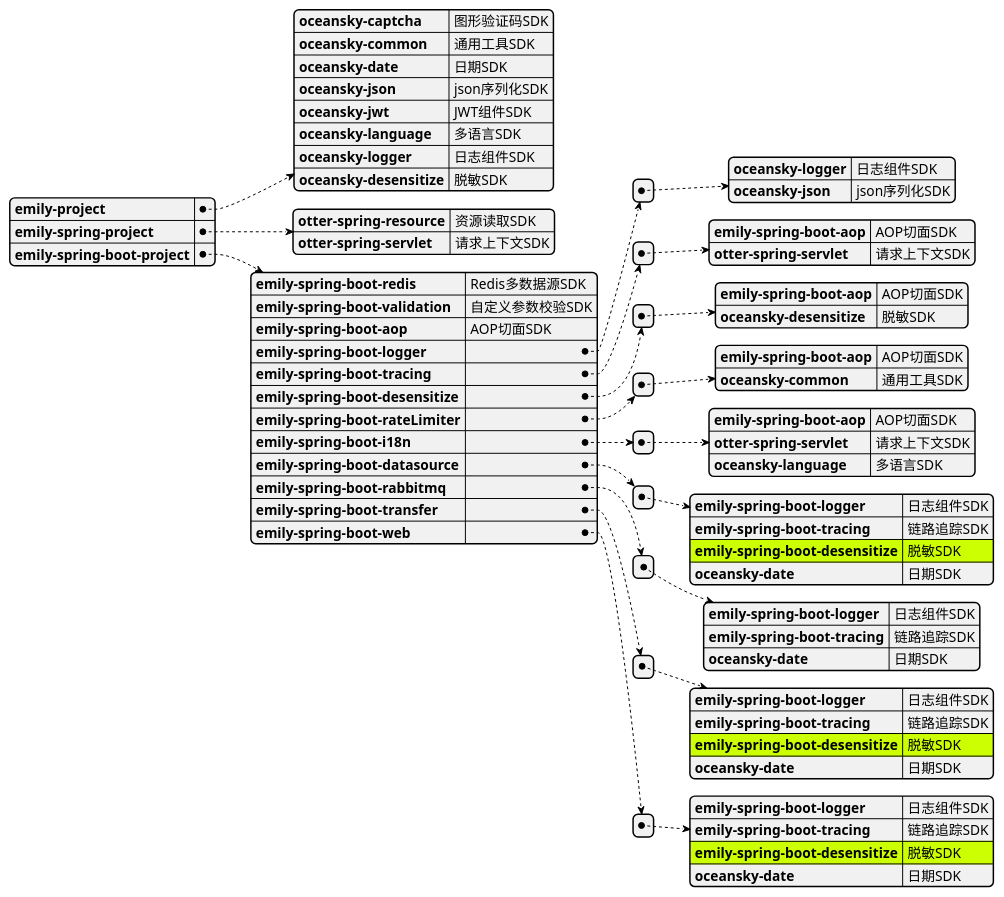
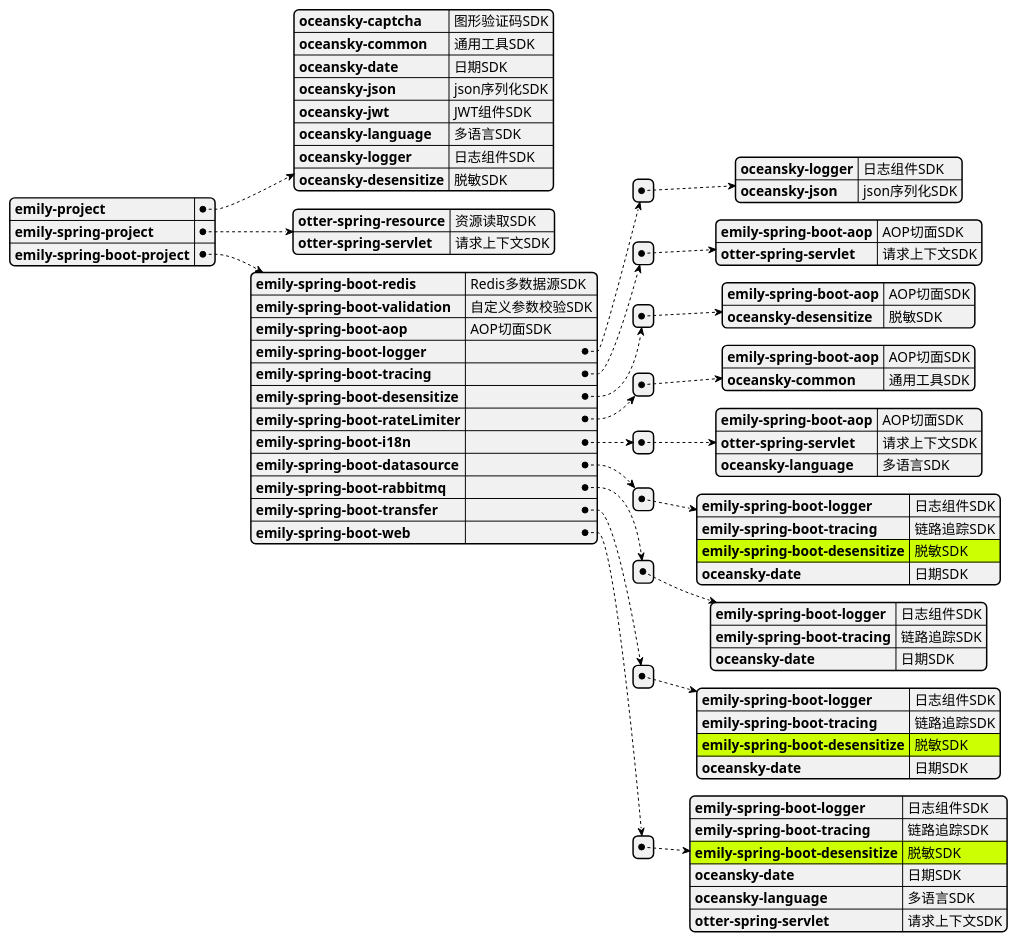
Before and after one commit to mingyang66/spring-parent: the diagram in framework.puml, drawn with PlantUML. The commit also changed 6 other files, not shown here.

```diff
--- a/framework.puml
+++ b/framework.puml
@@ -1,73 +1,75 @@
 @startjson
 #highlight "emily-spring-boot-project" / "emily-spring-boot-datasource" / "0" /"emily-spring-boot-desensitize"
 #highlight "emily-spring-boot-project" / "emily-spring-boot-transfer" / "0" /"emily-spring-boot-desensitize"
 #highlight "emily-spring-boot-project" / "emily-spring-boot-web" / "0" /"emily-spring-boot-desensitize"
 {
 "emily-project":
   {
   "oceansky-captcha": "图形验证码SDK",
   "oceansky-common": "通用工具SDK",
   "oceansky-date": "日期SDK",
   "oceansky-json": "json序列化SDK",
   "oceansky-jwt": "JWT组件SDK",
   "oceansky-language": "多语言SDK",
   "oceansky-logger":"日志组件SDK",
   "oceansky-desensitize":"脱敏SDK"
   },
 "emily-spring-project":
  {
  "otter-spring-resource": "资源读取SDK",
  "otter-spring-servlet":"请求上下文SDK"
  },
 "emily-spring-boot-project":
   {
   "emily-spring-boot-redis": "Redis多数据源SDK",
   "emily-spring-boot-validation": "自定义参数校验SDK",
   "emily-spring-boot-aop": "AOP切面SDK",
   "emily-spring-boot-logger": [{
         "oceansky-logger":"日志组件SDK",
         "oceansky-json":"json序列化SDK"
   }],
   "emily-spring-boot-tracing": [{
         "emily-spring-boot-aop":"AOP切面SDK",
         "otter-spring-servlet":"请求上下文SDK"
   }],
   "emily-spring-boot-desensitize": [{
         "emily-spring-boot-aop":"AOP切面SDK",
         "oceansky-desensitize":"脱敏SDK"
   }],
   "emily-spring-boot-rateLimiter": [{
         "emily-spring-boot-aop":"AOP切面SDK",
         "oceansky-common":"通用工具SDK"
   }],
   "emily-spring-boot-i18n": [{
         "emily-spring-boot-aop":"AOP切面SDK",
         "otter-spring-servlet":"请求上下文SDK",
         "oceansky-language":"多语言SDK"
   }],
   "emily-spring-boot-datasource": [{
         "emily-spring-boot-logger":"日志组件SDK",
         "emily-spring-boot-tracing":"链路追踪SDK",
         "emily-spring-boot-desensitize":"脱敏SDK",
         "oceansky-date":"日期SDK"
   }],
   "emily-spring-boot-rabbitmq": [{
         "emily-spring-boot-logger":"日志组件SDK",
         "emily-spring-boot-tracing":"链路追踪SDK",
         "oceansky-date":"日期SDK"
   }],
   "emily-spring-boot-transfer": [{
           "emily-spring-boot-logger":"日志组件SDK",
           "emily-spring-boot-tracing":"链路追踪SDK",
           "emily-spring-boot-desensitize":"脱敏SDK",
           "oceansky-date":"日期SDK"
   }],
   "emily-spring-boot-web": [{
            "emily-spring-boot-logger":"日志组件SDK",
            "emily-spring-boot-tracing":"链路追踪SDK",
            "emily-spring-boot-desensitize":"脱敏SDK",
-           "oceansky-date":"日期SDK"
+           "oceansky-date":"日期SDK",
+           "oceansky-language":"多语言SDK",
+           "otter-spring-servlet":"请求上下文SDK"
   }]
   }
 }
 @endjson
```
